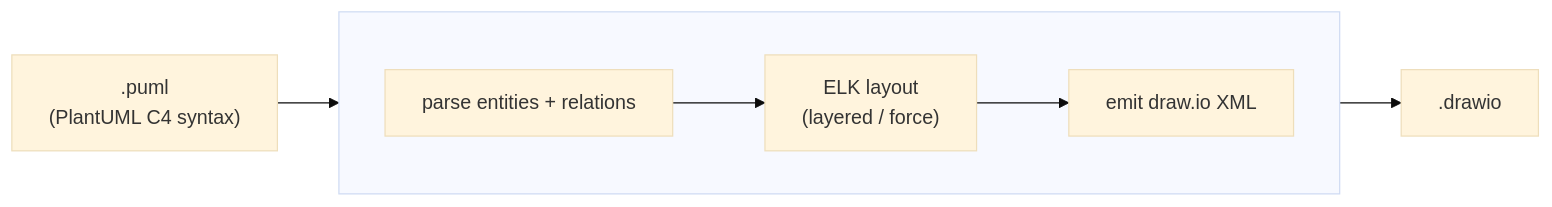
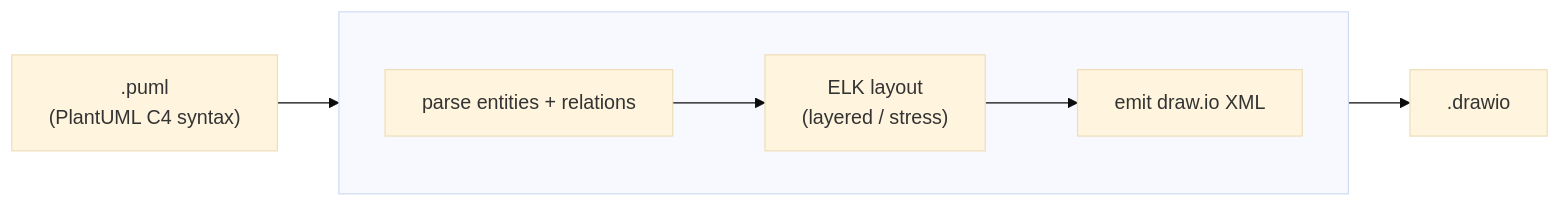
The first of 2 diagrams in README.md (AndriyKalashnykov/catalyst), drawn with Mermaid (base theme) before and after one commit. The commit also changed other lines of this file and 6 other files, not shown here.

First line of the commit message:
feat: Context layout stress + sporeOverlap declump, not force (layout Phase 3) (#19)

````diff
--- a/README.md
+++ b/README.md
@@ -30,9 +30,9 @@
 ```mermaid
 flowchart LR
   P[".puml<br/>(PlantUML C4 syntax)"] --> A["Catalyst.convert()"]
   subgraph A[" "]
     direction LR
-    PR[parse entities + relations] --> EL["ELK layout<br/>(layered / force)"] --> MX[emit draw.io XML]
+    PR[parse entities + relations] --> EL["ELK layout<br/>(layered / stress)"] --> MX[emit draw.io XML]
   end
   A --> D[".drawio"]
 ```
````
